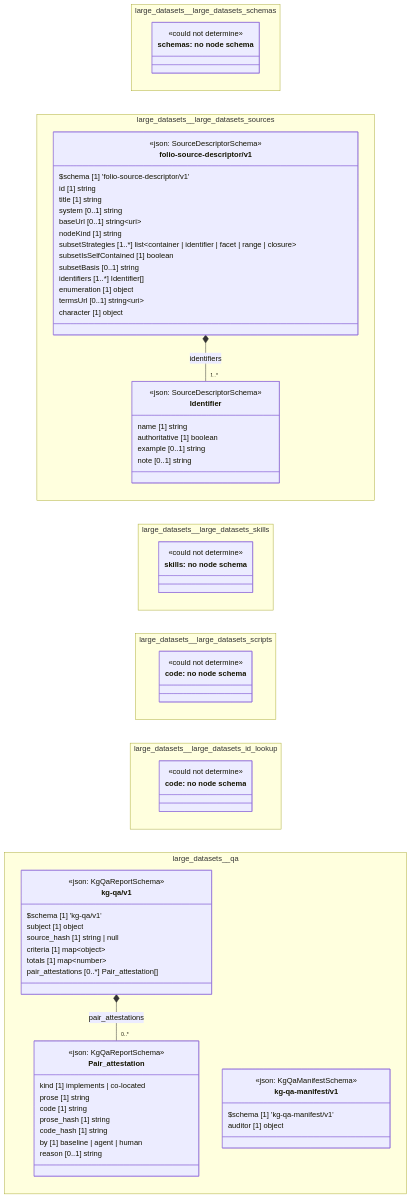
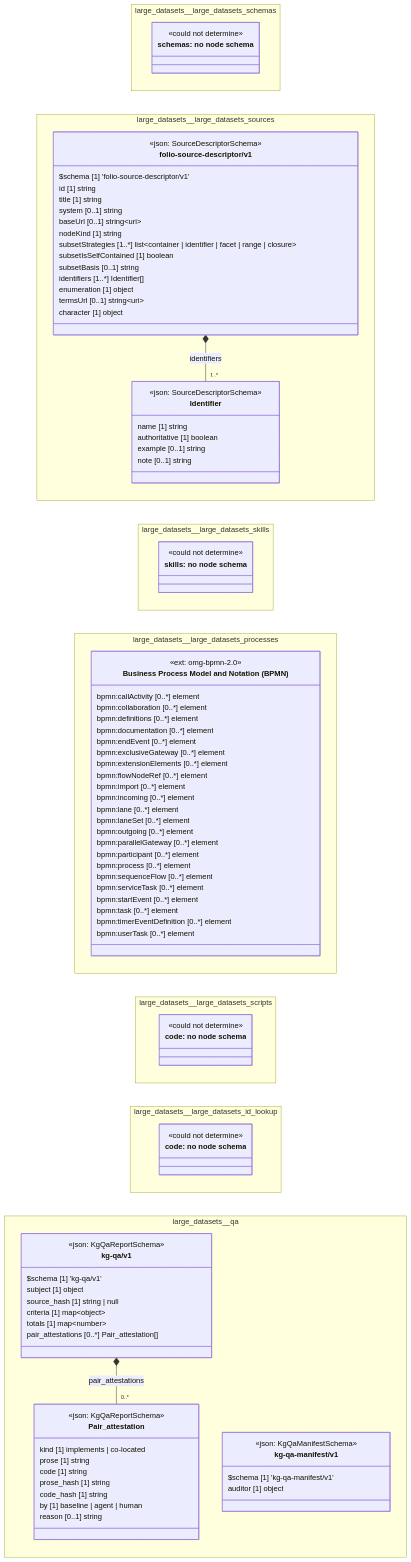
Before and after one commit to litlfred/folio-assistant: the diagram in cat-harness/uml/overview/large-datasets.mmd, drawn with Mermaid. The commit also changed 111 other files, not shown here.

```diff
--- a/cat-harness/uml/overview/large-datasets.mmd
+++ b/cat-harness/uml/overview/large-datasets.mmd
@@ -1,88 +1,116 @@
 classDiagram
   direction LR
   namespace large_datasets__large_datasets_schemas {
     class n_large_datasets_large_datasets_schemas_schemas["schemas: no node schema"] {
       <<could not determine>>
     }
   }
   namespace large_datasets__large_datasets_sources {
     class large_datasets_large_datasets_sources_folio_source_descriptor_v1_Identifier["Identifier"] {
       <<json: SourceDescriptorSchema>>
       name [1] string
       authoritative [1] boolean
       example [0..1] string
       note [0..1] string
     }
     class large_datasets_large_datasets_sources_folio_source_descriptor_v1_folio_source_descriptor_v1["folio-source-descriptor/v1"] {
       <<json: SourceDescriptorSchema>>
       $schema [1] 'folio-source-descriptor/v1'
       id [1] string
       title [1] string
       system [0..1] string
       baseUrl [0..1] string~uri~
       nodeKind [1] string
       subsetStrategies [1..*] list~container | identifier | facet | range | closure~
       subsetIsSelfContained [1] boolean
       subsetBasis [0..1] string
       identifiers [1..*] Identifier[]
       enumeration [1] object
       termsUrl [0..1] string~uri~
       character [1] object
     }
   }
   namespace large_datasets__large_datasets_skills {
     class n_large_datasets_large_datasets_skills_skills["skills: no node schema"] {
       <<could not determine>>
+    }
+  }
+  namespace large_datasets__large_datasets_processes {
+    class large_datasets_large_datasets_processes_omg_bpmn_2_0["Business Process Model and Notation (BPMN)"] {
+      <<ext: omg-bpmn-2.0>>
+      bpmn:callActivity [0..*] element
+      bpmn:collaboration [0..*] element
+      bpmn:definitions [0..*] element
+      bpmn:documentation [0..*] element
+      bpmn:endEvent [0..*] element
+      bpmn:exclusiveGateway [0..*] element
+      bpmn:extensionElements [0..*] element
+      bpmn:flowNodeRef [0..*] element
+      bpmn:import [0..*] element
+      bpmn:incoming [0..*] element
+      bpmn:lane [0..*] element
+      bpmn:laneSet [0..*] element
+      bpmn:outgoing [0..*] element
+      bpmn:parallelGateway [0..*] element
+      bpmn:participant [0..*] element
+      bpmn:process [0..*] element
+      bpmn:sequenceFlow [0..*] element
+      bpmn:serviceTask [0..*] element
+      bpmn:startEvent [0..*] element
+      bpmn:task [0..*] element
+      bpmn:timerEventDefinition [0..*] element
+      bpmn:userTask [0..*] element
     }
   }
   namespace large_datasets__large_datasets_scripts {
     class n_large_datasets_large_datasets_scripts_code["code: no node schema"] {
       <<could not determine>>
     }
   }
   namespace large_datasets__large_datasets_id_lookup {
     class n_large_datasets_large_datasets_id_lookup_code["code: no node schema"] {
       <<could not determine>>
     }
   }
   namespace large_datasets__qa {
     class large_datasets_qa_kg_qa_v1_Pair_attestation["Pair_attestation"] {
       <<json: KgQaReportSchema>>
       kind [1] implements | co-located
       prose [1] string
       code [1] string
       prose_hash [1] string
       code_hash [1] string
       by [1] baseline | agent | human
       reason [0..1] string
     }
     class large_datasets_qa_kg_qa_v1_kg_qa_v1["kg-qa/v1"] {
       <<json: KgQaReportSchema>>
       $schema [1] 'kg-qa/v1'
       subject [1] object
       source_hash [1] string | null
       criteria [1] map~object~
       totals [1] map~number~
       pair_attestations [0..*] Pair_attestation[]
     }
     class large_datasets_qa_kg_qa_manifest_v1_kg_qa_manifest_v1["kg-qa-manifest/v1"] {
       <<json: KgQaManifestSchema>>
       $schema [1] 'kg-qa-manifest/v1'
       auditor [1] object
     }
   }
   cssClass "n_large_datasets_large_datasets_schemas_schemas" fa_uml_kind_schemas
   cssClass "n_large_datasets_large_datasets_schemas_schemas" fa_uml_undetermined
   large_datasets_large_datasets_sources_folio_source_descriptor_v1_folio_source_descriptor_v1 *-- "1..*" large_datasets_large_datasets_sources_folio_source_descriptor_v1_Identifier : identifiers
   cssClass "large_datasets_large_datasets_sources_folio_source_descriptor_v1_Identifier" fa_uml_kind_schemas
   cssClass "large_datasets_large_datasets_sources_folio_source_descriptor_v1_folio_source_descriptor_v1" fa_uml_kind_schemas
   cssClass "n_large_datasets_large_datasets_skills_skills" fa_uml_kind_skills
   cssClass "n_large_datasets_large_datasets_skills_skills" fa_uml_undetermined
+  cssClass "large_datasets_large_datasets_processes_omg_bpmn_2_0" fa_uml_kind_processes
   cssClass "n_large_datasets_large_datasets_scripts_code" fa_uml_kind_code
   cssClass "n_large_datasets_large_datasets_scripts_code" fa_uml_undetermined
   cssClass "n_large_datasets_large_datasets_id_lookup_code" fa_uml_kind_code
   cssClass "n_large_datasets_large_datasets_id_lookup_code" fa_uml_undetermined
   large_datasets_qa_kg_qa_v1_kg_qa_v1 *-- "0..*" large_datasets_qa_kg_qa_v1_Pair_attestation : pair_attestations
   cssClass "large_datasets_qa_kg_qa_v1_Pair_attestation" fa_uml_kind_qa
   cssClass "large_datasets_qa_kg_qa_v1_kg_qa_v1" fa_uml_kind_qa
   cssClass "large_datasets_qa_kg_qa_manifest_v1_kg_qa_manifest_v1" fa_uml_kind_qa
```
